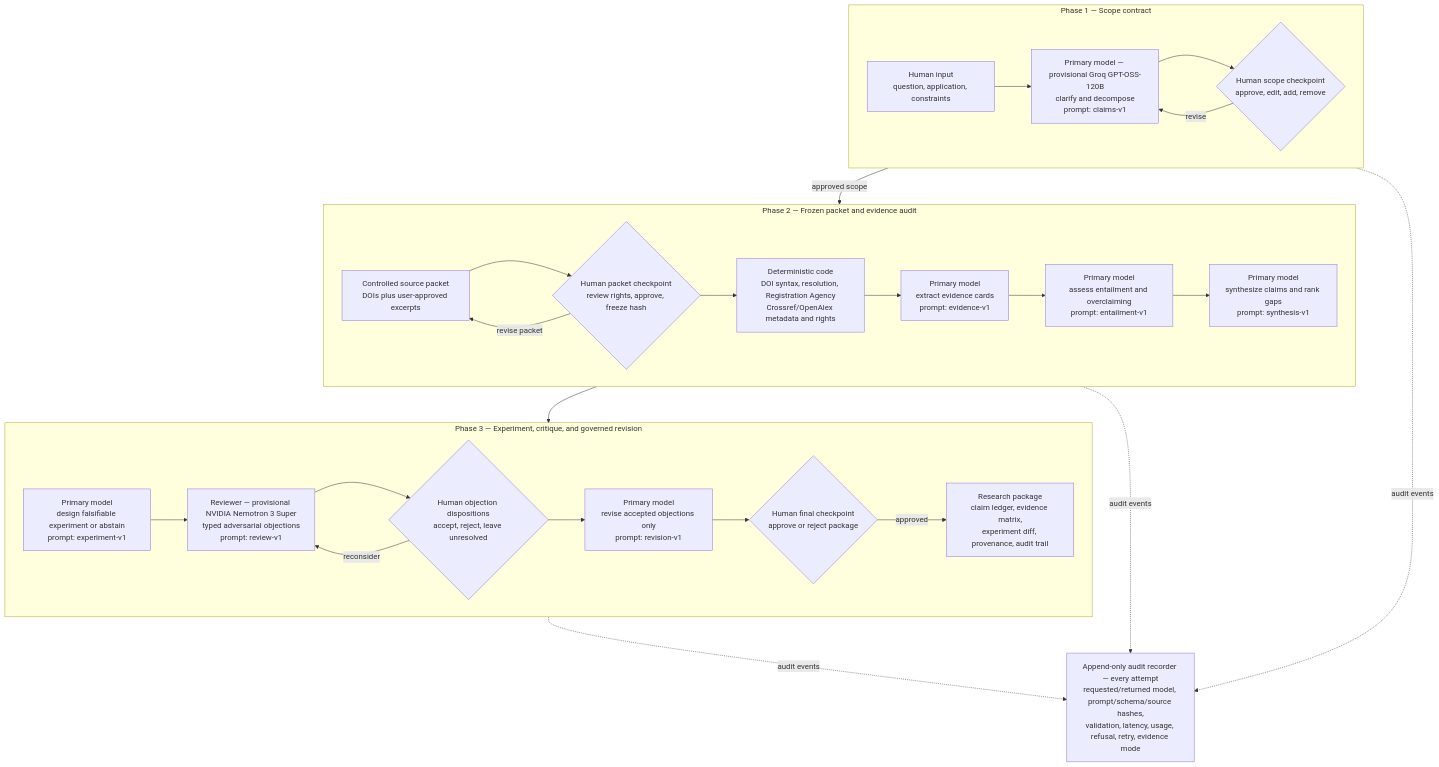
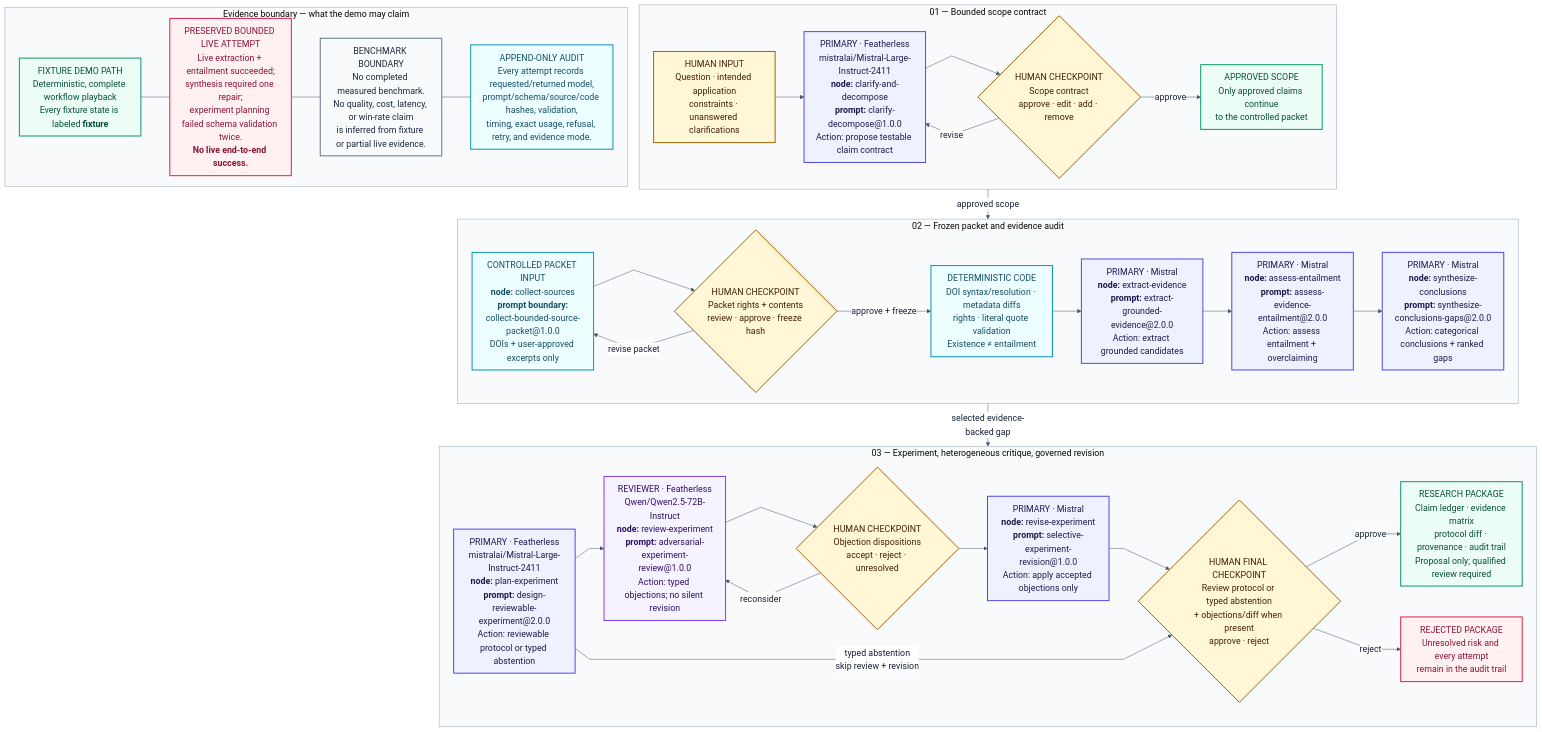
One commit to ShadowKingYT444/EvidenceForge changed the diagram in docs/architecture/workflow.mmd. Above: the diagram before and after it, drawn with Mermaid. The commit also changed 199 other files, not shown here.

```diff
--- a/docs/architecture/workflow.mmd
+++ b/docs/architecture/workflow.mmd
@@ -1,42 +1,67 @@
+%%{init: {"theme":"base","themeVariables":{"fontFamily":"Arial, sans-serif","fontSize":"18px","lineColor":"#475569","textColor":"#172033","primaryTextColor":"#172033","clusterBkg":"#F8FAFC","clusterBorder":"#94A3B8","edgeLabelBackground":"#FFFFFF"},"flowchart":{"htmlLabels":true,"curve":"linear","nodeSpacing":24,"rankSpacing":34,"padding":12}}}%%
 flowchart TB
-    subgraph P1["Phase 1 — Scope contract"]
+    subgraph P1["01 — Bounded scope contract"]
         direction LR
-        U1["Human input<br/>question, application, constraints"]
-        N1["Primary model — provisional Groq GPT-OSS-120B<br/>clarify and decompose<br/>prompt: claims-v1"]
-        H1{"Human scope checkpoint<br/>approve, edit, add, remove"}
-        U1 --> N1 --> H1
-        H1 -- "revise" --> N1
+        U1["HUMAN INPUT<br/>Question · intended application<br/>constraints · unanswered clarifications"]
+        N1["PRIMARY · Featherless<br/>mistralai/Mistral-Large-Instruct-2411<br/><b>node:</b> clarify-and-decompose<br/><b>prompt:</b> clarify-decompose@1.0.0<br/>Action: propose testable claim contract"]
+        H1{"HUMAN CHECKPOINT<br/>Scope contract<br/>approve · edit · add · remove"}
+        X1["APPROVED SCOPE<br/>Only approved claims continue<br/>to the controlled packet"]
+        U1 --> N1 --> H1 -->|approve| X1
+        H1 -->|revise| N1
     end
 
-    subgraph P2["Phase 2 — Frozen packet and evidence audit"]
+    subgraph P2["02 — Frozen packet and evidence audit"]
         direction LR
-        S1["Controlled source packet<br/>DOIs plus user-approved excerpts"]
-        H2{"Human packet checkpoint<br/>review rights, approve, freeze hash"}
-        D1["Deterministic code<br/>DOI syntax, resolution, Registration Agency<br/>Crossref/OpenAlex metadata and rights"]
-        N2["Primary model<br/>extract evidence cards<br/>prompt: evidence-v1"]
-        N3["Primary model<br/>assess entailment and overclaiming<br/>prompt: entailment-v1"]
-        N4["Primary model<br/>synthesize claims and rank gaps<br/>prompt: synthesis-v1"]
-        S1 --> H2 --> D1 --> N2 --> N3 --> N4
-        H2 -- "revise packet" --> S1
+        S1["CONTROLLED PACKET INPUT<br/><b>node:</b> collect-sources<br/><b>prompt boundary:</b><br/>collect-bounded-source-packet@1.0.0<br/>DOIs + user-approved excerpts only"]
+        H2{"HUMAN CHECKPOINT<br/>Packet rights + contents<br/>review · approve · freeze hash"}
+        D1["DETERMINISTIC CODE<br/>DOI syntax/resolution · metadata diffs<br/>rights · literal quote validation<br/>Existence ≠ entailment"]
+        N2["PRIMARY · Mistral<br/><b>node:</b> extract-evidence<br/><b>prompt:</b> extract-grounded-evidence@2.0.0<br/>Action: extract grounded candidates"]
+        N3["PRIMARY · Mistral<br/><b>node:</b> assess-entailment<br/><b>prompt:</b> assess-evidence-entailment@2.0.0<br/>Action: assess entailment + overclaiming"]
+        N4["PRIMARY · Mistral<br/><b>node:</b> synthesize-conclusions<br/><b>prompt:</b> synthesize-conclusions-gaps@2.0.0<br/>Action: categorical conclusions + ranked gaps"]
+        S1 --> H2 -->|approve + freeze| D1 --> N2 --> N3 --> N4
+        H2 -->|revise packet| S1
     end
 
-    subgraph P3["Phase 3 — Experiment, critique, and governed revision"]
+    subgraph P3["03 — Experiment, heterogeneous critique, governed revision"]
         direction LR
-        N5["Primary model<br/>design falsifiable experiment or abstain<br/>prompt: experiment-v1"]
-        N6["Reviewer — provisional NVIDIA Nemotron 3 Super<br/>typed adversarial objections<br/>prompt: review-v1"]
-        H3{"Human objection dispositions<br/>accept, reject, leave unresolved"}
-        N7["Primary model<br/>revise accepted objections only<br/>prompt: revision-v1"]
-        H4{"Human final checkpoint<br/>approve or reject package"}
-        O1["Research package<br/>claim ledger, evidence matrix,<br/>experiment diff, provenance, audit trail"]
+        N5["PRIMARY · Featherless<br/>mistralai/Mistral-Large-Instruct-2411<br/><b>node:</b> plan-experiment<br/><b>prompt:</b> design-reviewable-experiment@2.0.0<br/>Action: reviewable protocol or typed abstention"]
+        N6["REVIEWER · Featherless<br/>Qwen/Qwen2.5-72B-Instruct<br/><b>node:</b> review-experiment<br/><b>prompt:</b> adversarial-experiment-review@1.0.0<br/>Action: typed objections; no silent revision"]
+        H3{"HUMAN CHECKPOINT<br/>Objection dispositions<br/>accept · reject · unresolved"}
+        N7["PRIMARY · Mistral<br/><b>node:</b> revise-experiment<br/><b>prompt:</b> selective-experiment-revision@1.0.0<br/>Action: apply accepted objections only"]
+        H4{"HUMAN FINAL CHECKPOINT<br/>Review protocol or typed abstention<br/>+ objections/diff when present<br/>approve · reject"}
+        O1["RESEARCH PACKAGE<br/>Claim ledger · evidence matrix<br/>protocol diff · provenance · audit trail<br/>Proposal only; qualified review required"]
+        R1["REJECTED PACKAGE<br/>Unresolved risk and every attempt<br/>remain in the audit trail"]
         N5 --> N6 --> H3 --> N7 --> H4
-        H3 -- "reconsider" --> N6
-        H4 -- "approved" --> O1
+        N5 -->|typed abstention<br/>skip review + revision| H4
+        H3 -->|reconsider| N6
+        H4 -->|approve| O1
+        H4 -->|reject| R1
     end
 
-    A1["Append-only audit recorder — every attempt<br/>requested/returned model, prompt/schema/source hashes,<br/>validation, latency, usage, refusal, retry, evidence mode"]
+    P1 -->|approved scope| P2
+    P2 -->|selected evidence-backed gap| P3
 
-    H1 -- "approved scope" --> S1
-    N4 --> N5
-    P1 -. "audit events" .-> A1
-    P2 -. "audit events" .-> A1
-    P3 -. "audit events" .-> A1
+    subgraph B["Evidence boundary — what the demo may claim"]
+        direction LR
+        F["FIXTURE DEMO PATH<br/>Deterministic, complete workflow playback<br/>Every fixture state is labeled <b>fixture</b>"]
+        L["PRESERVED BOUNDED LIVE ATTEMPT<br/>Live extraction + entailment succeeded;<br/>synthesis required one repair;<br/>experiment planning failed schema validation twice.<br/><b>No live end-to-end success.</b>"]
+        M["BENCHMARK BOUNDARY<br/>No completed measured benchmark.<br/>No quality, cost, latency, or win-rate claim<br/>is inferred from fixture or partial live evidence."]
+        A1["APPEND-ONLY AUDIT<br/>Every attempt records requested/returned model,<br/>prompt/schema/source/code hashes, validation,<br/>timing, exact usage, refusal, retry, and evidence mode."]
+        F --- L --- M --- A1
+    end
+
+    classDef human fill:#FFF7D6,stroke:#A16207,stroke-width:2px,color:#422006;
+    classDef primary fill:#EEF2FF,stroke:#4F46E5,stroke-width:2px,color:#1E1B4B;
+    classDef reviewer fill:#F5F3FF,stroke:#7C3AED,stroke-width:2px,color:#2E1065;
+    classDef deterministic fill:#ECFEFF,stroke:#0891B2,stroke-width:2px,color:#164E63;
+    classDef output fill:#ECFDF5,stroke:#059669,stroke-width:2px,color:#064E3B;
+    classDef failure fill:#FFF1F2,stroke:#E11D48,stroke-width:2px,color:#881337;
+    classDef boundary fill:#F8FAFC,stroke:#64748B,stroke-width:2px,color:#1E293B;
+
+    class U1,H1,H2,H3,H4 human;
+    class N1,N2,N3,N4,N5,N7 primary;
+    class N6 reviewer;
+    class S1,D1,A1 deterministic;
+    class X1,O1,F output;
+    class R1,L failure;
+    class M boundary;
```
